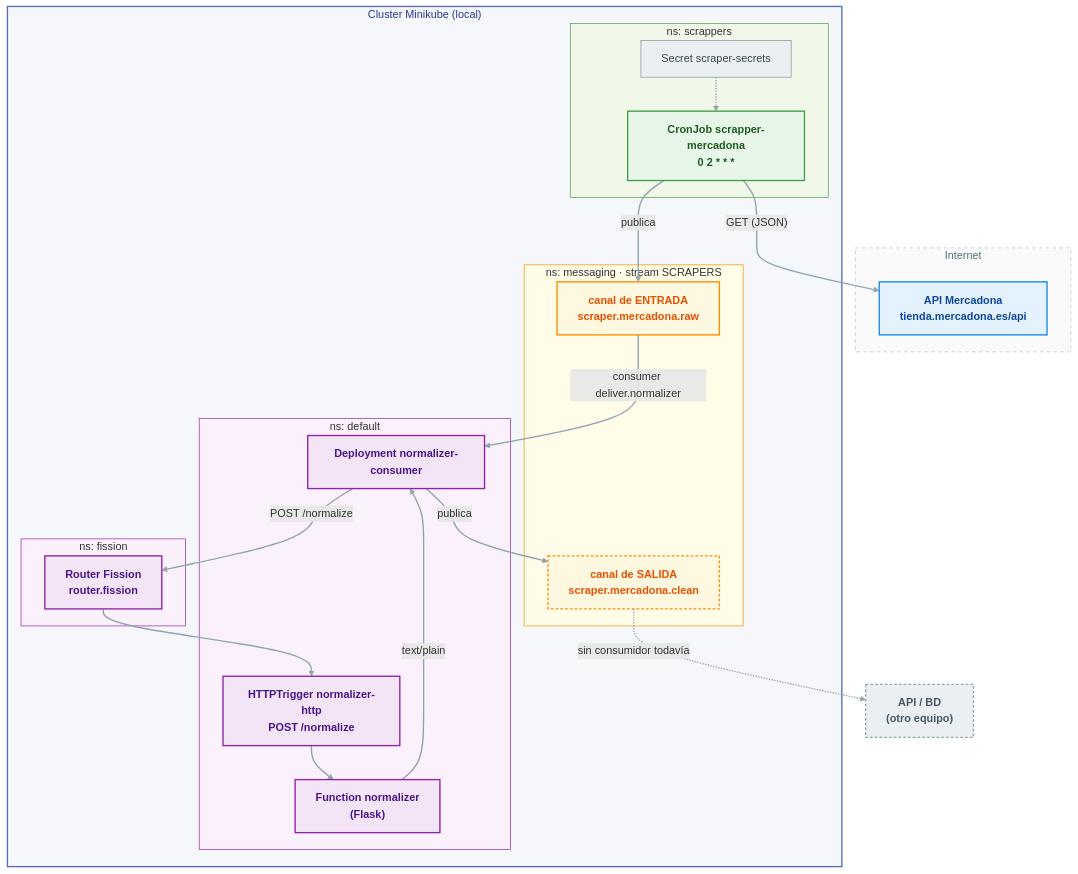
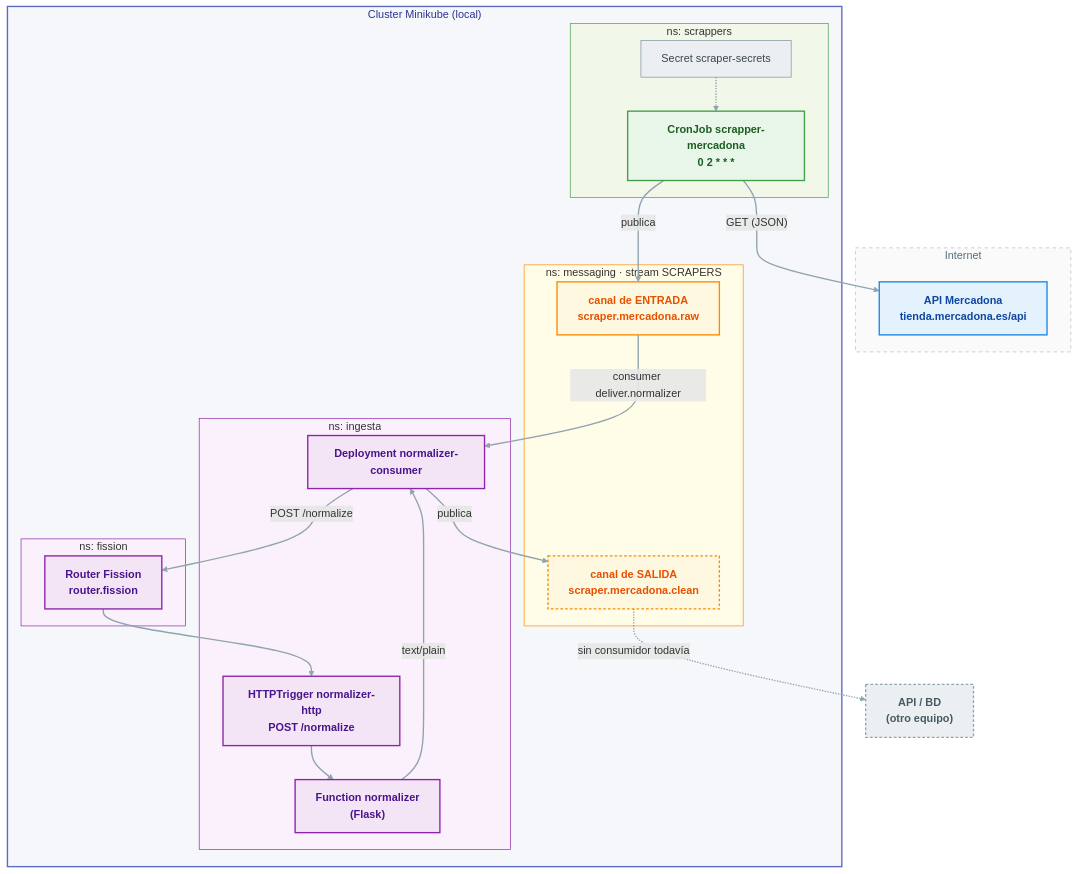
The second of 2 diagrams in flujo-entrada/docs/01-arquitectura.md (TheMinimalOwl/PTI-Q26-27-TARDOR), drawn with Mermaid before and after one commit. The commit also changed other lines of this file and 31 other files, not shown here.

````diff
--- a/flujo-entrada/docs/01-arquitectura.md
+++ b/flujo-entrada/docs/01-arquitectura.md
@@ -53,65 +53,65 @@
 ```mermaid
 flowchart TB
   subgraph ext["Internet"]
     MD["API Mercadona<br/>tienda.mercadona.es/api"]
   end
 
   subgraph k8s["Cluster Minikube (local)"]
     subgraph nsScr["ns: scrappers"]
       CJMD["CronJob scrapper-mercadona<br/>0 2 * * *"]
       SEC["Secret scraper-secrets"]
     end
 
     subgraph nsMsg["ns: messaging · stream SCRAPERS"]
       RAW["canal de ENTRADA<br/>scraper.mercadona.raw"]
       CLEAN["canal de SALIDA<br/>scraper.mercadona.clean"]
     end
 
     subgraph nsFis["ns: fission"]
       ROUTER["Router Fission<br/>router.fission"]
     end
 
-    subgraph nsDef["ns: default"]
+    subgraph nsDef["ns: ingesta"]
       TRIG["HTTPTrigger normalizer-http<br/>POST /normalize"]
       FN["Function normalizer<br/>(Flask)"]
       CONS["Deployment normalizer-consumer"]
     end
   end
 
   XBD["API / BD<br/>(otro equipo)"]
 
   CJMD -->|"GET (JSON)"| MD
   SEC -.-> CJMD
   CJMD -->|"publica"| RAW
   RAW -->|"consumer deliver.normalizer"| CONS
   CONS -->|"POST /normalize"| ROUTER
   ROUTER --> TRIG
   TRIG --> FN
   FN -->|"text/plain"| CONS
   CONS -->|"publica"| CLEAN
   CLEAN -.->|"sin consumidor todavía"| XBD
 
   classDef cExt fill:#e3f2fd,stroke:#1e88e5,stroke-width:2px,color:#0d47a1,font-weight:bold
   classDef cScraper fill:#e8f5e9,stroke:#43a047,stroke-width:2px,color:#1b5e20,font-weight:bold
   classDef cNats fill:#fff8e1,stroke:#fb8c00,stroke-width:2px,color:#e65100,font-weight:bold
   classDef cNatsHueco fill:#fff8e1,stroke:#fb8c00,stroke-width:2px,stroke-dasharray:4 3,color:#e65100,font-weight:bold
   classDef cFission fill:#f3e5f5,stroke:#8e24aa,stroke-width:2px,color:#4a148c,font-weight:bold
   classDef cPending fill:#eceff1,stroke:#90a4ae,stroke-width:2px,stroke-dasharray:4 3,color:#455a64,font-weight:bold
   classDef cSecret fill:#eceff1,stroke:#78909c,color:#37474f
 
   class MD cExt
   class CJMD cScraper
   class SEC cSecret
   class RAW cNats
   class CLEAN cNatsHueco
   class ROUTER,TRIG,FN,CONS cFission
   class XBD cPending
 
   style ext fill:#fafafa,stroke:#b0bec5,stroke-dasharray:5 5,color:#546e7a
   style k8s fill:#f5f7fb,stroke:#5c6bc0,stroke-width:2px,color:#283593
   style nsScr fill:#f1f8e9,stroke:#43a047
   style nsMsg fill:#fffde7,stroke:#fb8c00
   style nsFis fill:#faf1fc,stroke:#8e24aa
   style nsDef fill:#faf1fc,stroke:#8e24aa
   linkStyle default stroke:#90a4ae,stroke-width:2px
 ```
````
